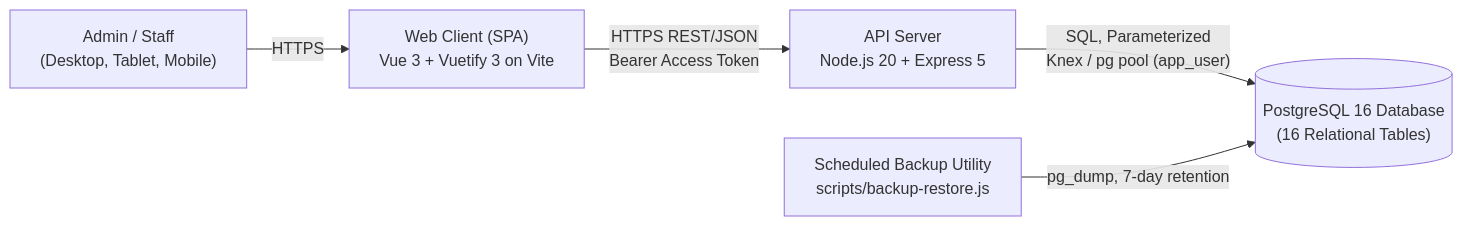
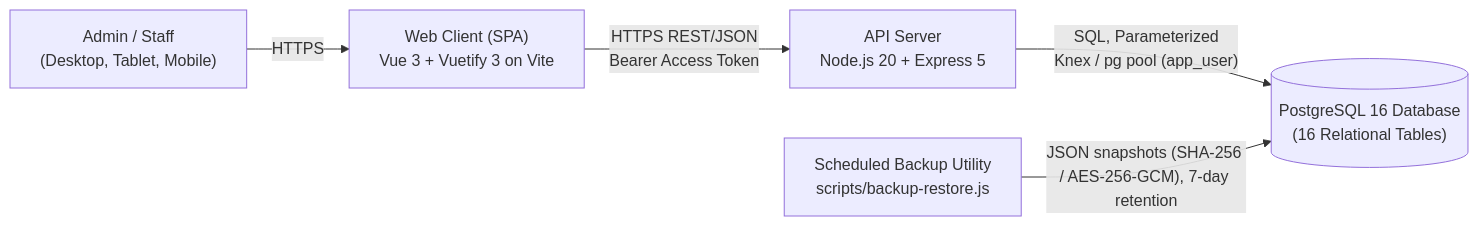
The first of 5 diagrams in docs/architecture/SYSTEM_ARCHITECTURE.md (MintCute-CoCo/MicroLedger), drawn with Mermaid before and after one commit. The commit also changed other lines of this file and 12 other files, not shown here.

Commit message:
fix(audit): correct sequence reset on restore, serial test concurrency, brand lockup layout, and docs consistency

````diff
--- a/docs/architecture/SYSTEM_ARCHITECTURE.md
+++ b/docs/architecture/SYSTEM_ARCHITECTURE.md
@@ -7,7 +7,7 @@
 ```mermaid
 flowchart LR
   U["Admin / Staff<br/>(Desktop, Tablet, Mobile)"] -->|HTTPS| FE["Web Client (SPA)<br/>Vue 3 + Vuetify 3 on Vite"]
   FE -->|"HTTPS REST/JSON<br/>Bearer Access Token"| API["API Server<br/>Node.js 20 + Express 5"]
   API -->|"SQL, Parameterized<br/>Knex / pg pool (app_user)"| DB[("PostgreSQL 16 Database<br/>(16 Relational Tables)")]
-  BK["Scheduled Backup Utility<br/>scripts/backup-restore.js"] -->|"pg_dump, 7-day retention"| DB
+  BK["Scheduled Backup Utility<br/>scripts/backup-restore.js"] -->|"JSON snapshots (SHA-256 / AES-256-GCM), 7-day retention"| DB
 ```
````
